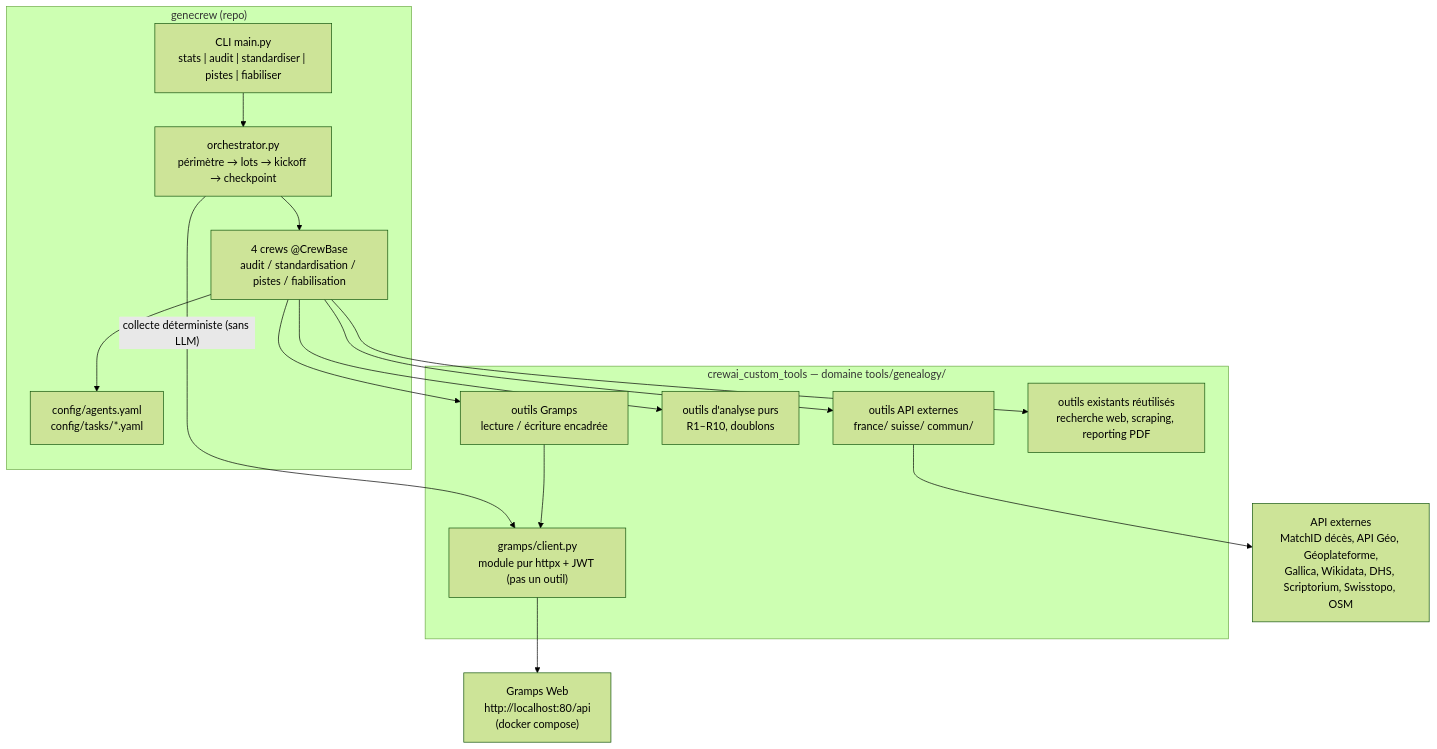
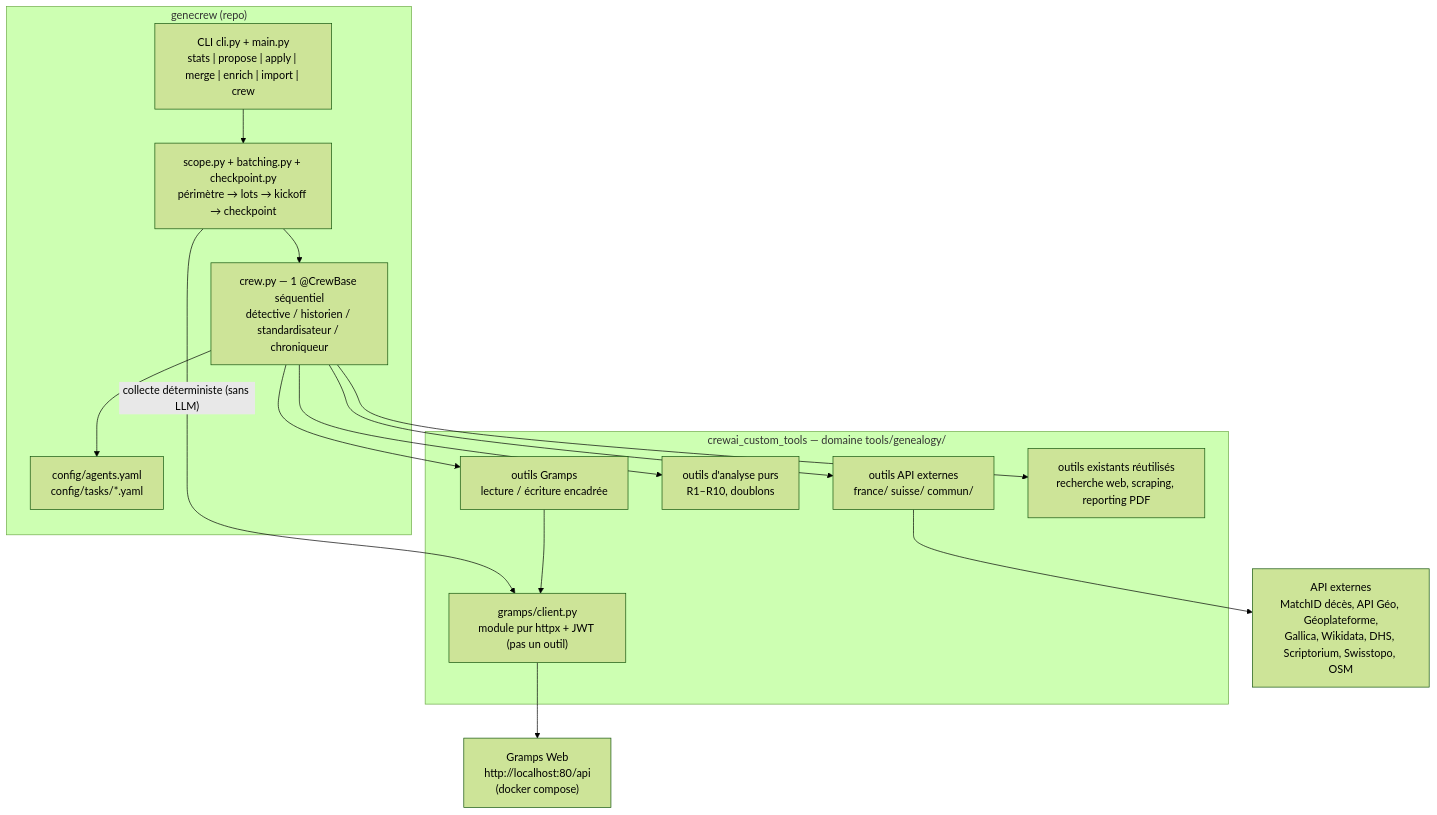
One commit to fjacquet/genecrew changed the diagram in docs/document-de-travail.md. Above: the diagram before and after it, drawn with Mermaid (forest theme). The commit also changed other lines of this file, not shown here.

````diff
--- a/docs/document-de-travail.md
+++ b/docs/document-de-travail.md
@@ -75,26 +84,26 @@
 ```mermaid
 flowchart TB
     subgraph genecrew["genecrew (repo)"]
-        CLI["CLI main.py<br/>stats | audit | standardiser | pistes | fiabiliser"]
-        ORCH["orchestrator.py<br/>périmètre → lots → kickoff → checkpoint"]
-        CREWS["4 crews @CrewBase<br/>audit / standardisation / pistes / fiabilisation"]
+        CLI["CLI cli.py + main.py<br/>stats | propose | apply | merge | enrich | import | crew"]
+        ORCH["scope.py + batching.py + checkpoint.py<br/>périmètre → lots → kickoff → checkpoint"]
+        CREWS["crew.py — 1 @CrewBase séquentiel<br/>détective / historien / standardisateur / chroniqueur"]
         CFG["config/agents.yaml<br/>config/tasks/*.yaml"]
     end
     subgraph cct["crewai_custom_tools — domaine tools/genealogy/"]
         CLIENT["gramps/client.py<br/>module pur httpx + JWT (pas un outil)"]
         TGRAMPS["outils Gramps<br/>lecture / écriture encadrée"]
         TANA["outils d'analyse purs<br/>R1–R10, doublons"]
         TEXT["outils API externes<br/>france/ suisse/ commun/"]
         TOLD["outils existants réutilisés<br/>recherche web, scraping, reporting PDF"]
     end
     GW["Gramps Web<br/>http://localhost:80/api<br/>(docker compose)"]
     EXT["API externes<br/>MatchID décès, API Géo, Géoplateforme,<br/>Gallica, Wikidata, DHS, Scriptorium, Swisstopo, OSM"]
 
     CLI --> ORCH --> CREWS
     CREWS --> CFG
     ORCH -- "collecte déterministe (sans LLM)" --> CLIENT
     CREWS --> TGRAMPS & TANA & TEXT & TOLD
     TGRAMPS --> CLIENT
     CLIENT --> GW
     TEXT --> EXT
 ```
````
